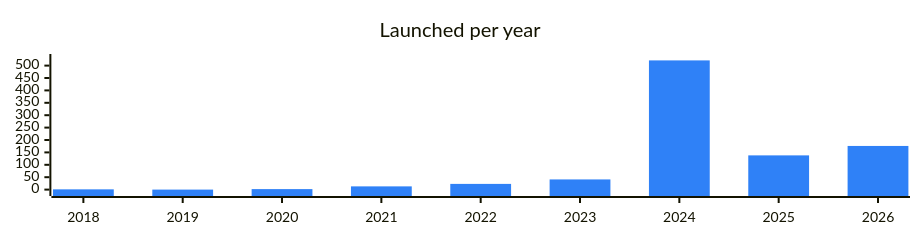
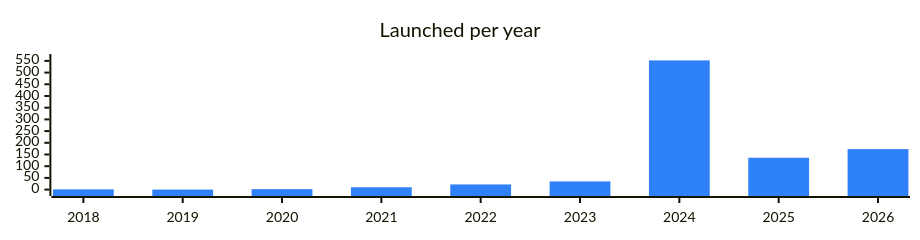
Before and after one commit to vitalikgpt/gram-ecosystem: the diagram in categories/farming.md, drawn with Mermaid. The commit also changed other lines of this file and 71 other files, not shown here.

````diff
--- a/categories/farming.md
+++ b/categories/farming.md
@@ -7,7 +7,7 @@
 ```mermaid
 %%{init: {"xyChart": {"width": 900, "height": 220}, "themeVariables": {"xyChart": {"plotColorPalette": "#2f81f7"}}}}%%
 xychart-beta
   title "Launched per year"
   x-axis ["2018", "2019", "2020", "2021", "2022", "2023", "2024", "2025", "2026"]
-  bar [1, 0, 2, 13, 23, 41, 521, 138, 176]
+  bar [1, 0, 2, 10, 22, 35, 552, 136, 173]
 ```
````
